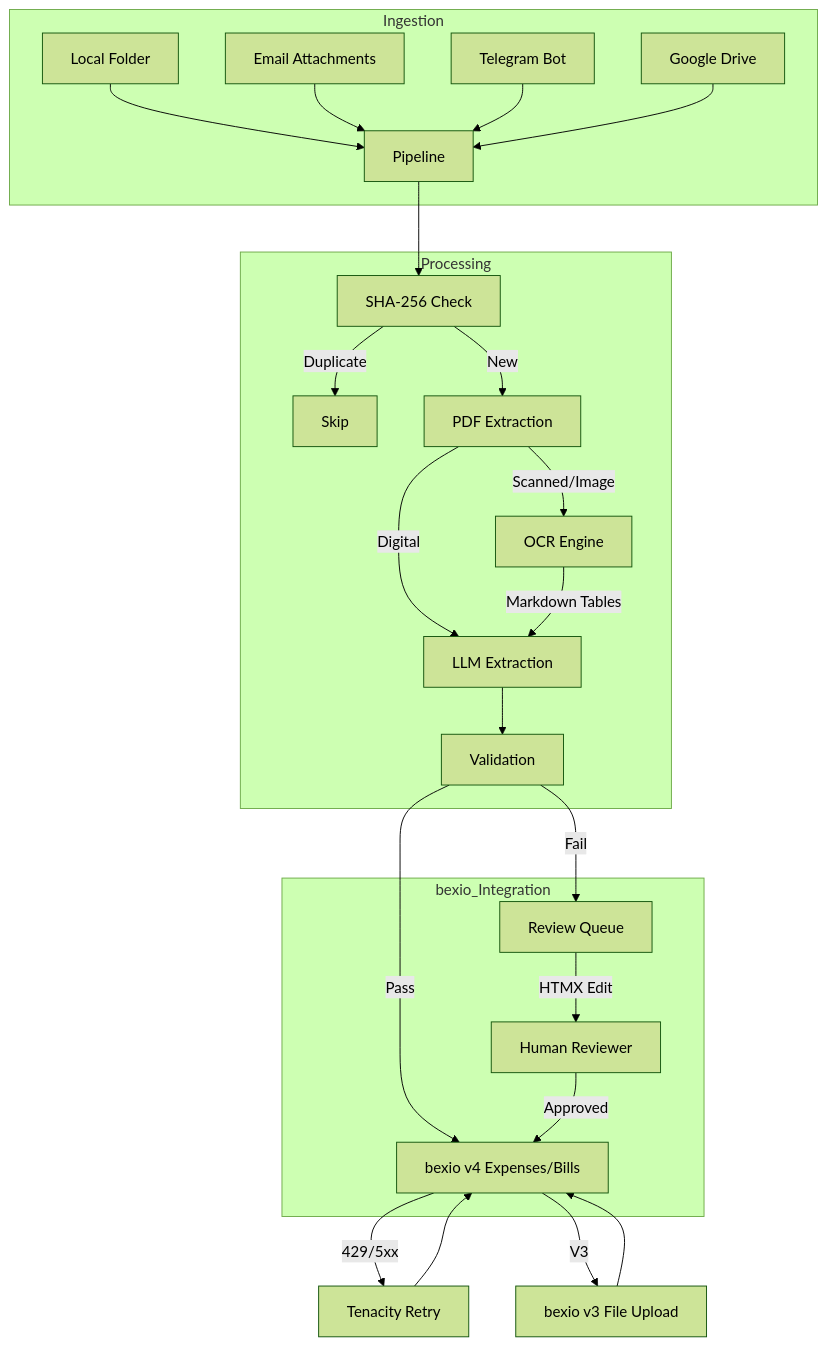
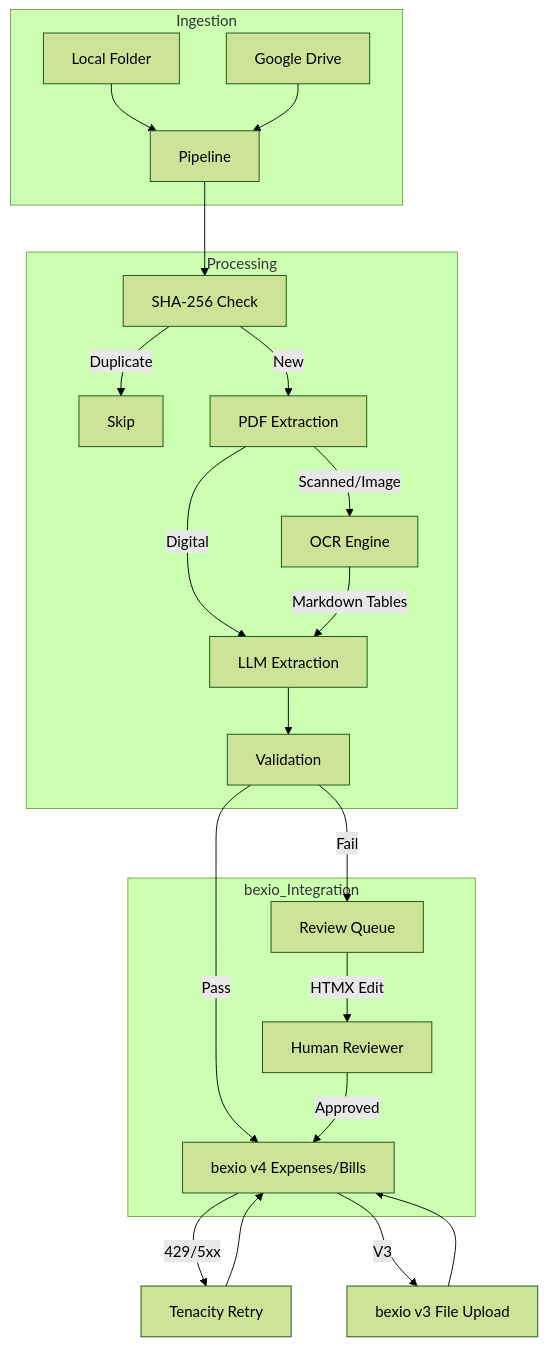
One commit to tazztone/bexio-receipts changed the diagram in docs/ARCHITECTURE.md. Above: the diagram before and after it, drawn with Mermaid (forest theme). The commit also changed other lines of this file and 16 other files, not shown here.

First line of the commit message:
refactor: remove email and telegram ingestion modules

````diff
--- a/docs/ARCHITECTURE.md
+++ b/docs/ARCHITECTURE.md
@@ -8,31 +8,29 @@
 ```mermaid
 graph TD
     subgraph Ingestion
         WatchedDir[Local Folder] --> P[Pipeline]
-        IMAP[Email Attachments] --> P
-        Telegram[Telegram Bot] --> P
         GDrive[Google Drive] --> P
     end
 
     subgraph Processing
         P --> DB_Hash[SHA-256 Check]
         DB_Hash -- Duplicate --> Skip[Skip]
         DB_Hash -- New --> PDF_Check[PDF Extraction]
         PDF_Check -- Scanned/Image --> OCR[OCR Engine]
         PDF_Check -- Digital --> LLM[LLM Extraction]
         OCR -- Markdown Tables --> LLM
         LLM --> VAL[Validation]
     end
 
     subgraph bexio_Integration
         VAL -- Pass --> BEX_V4[bexio v4 Expenses/Bills]
         VAL -- Fail --> Review[Review Queue]
         Review -- HTMX Edit --> Human[Human Reviewer]
         Human -- Approved --> BEX_V4
     end
 
     BEX_V4 -- 429/5xx --> Retry[Tenacity Retry]
     Retry --> BEX_V4
     BEX_V4 -- V3 --> Upload[bexio v3 File Upload]
     Upload --> BEX_V4
 ```
````
